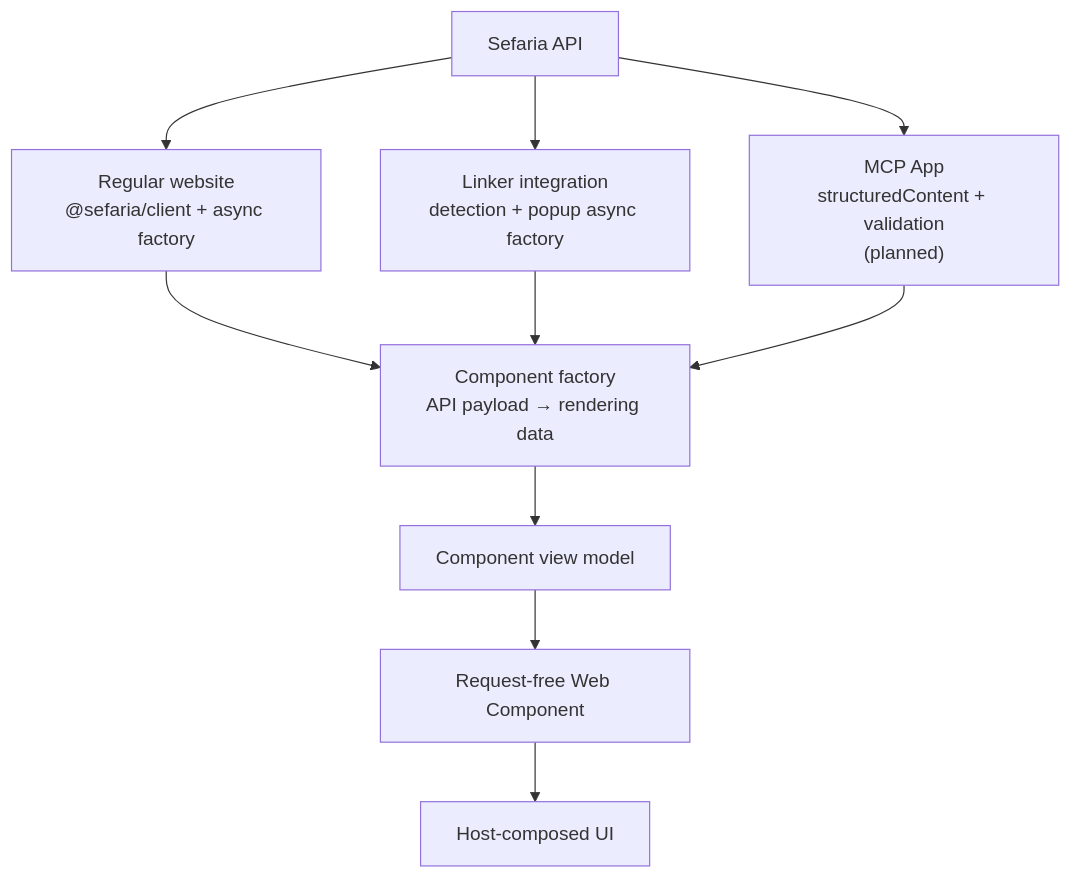
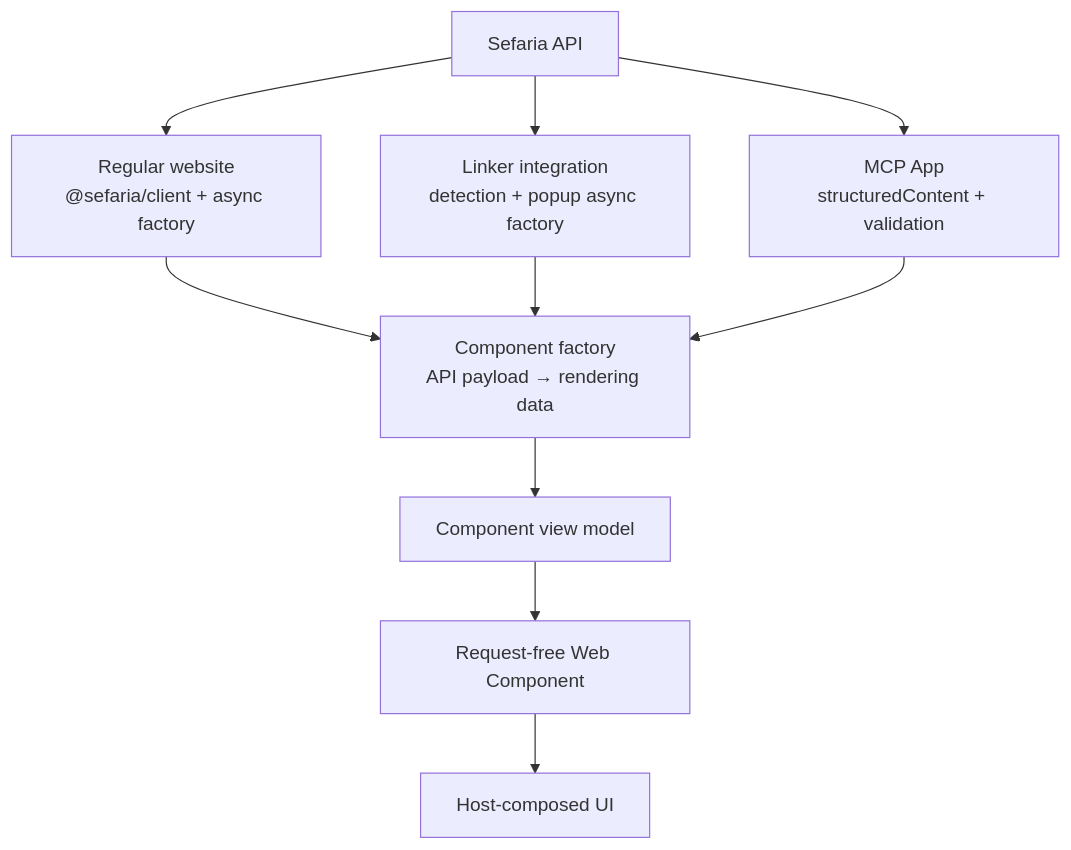
The diagram in docs/guides/data-flow.md (Arithmomaniac/sefaria-web-components), drawn with Mermaid before and after one commit. The commit also changed other lines of this file and 78 other files, not shown here.

````diff
--- a/docs/guides/data-flow.md
+++ b/docs/guides/data-flow.md
@@ -13,21 +13,21 @@
 ```mermaid
 flowchart TB
     API["Sefaria API"]
     SITE["Regular website<br/>@sefaria/client + async factory"]
     LINKER["Linker integration<br/>detection + popup async factory"]
-    MCP["MCP App<br/>structuredContent + validation<br/>(planned)"]
+    MCP["MCP App<br/>structuredContent + validation"]
     FACTORY["Component factory<br/>API payload → rendering data"]
     VM["Component view model"]
     ELEMENT["Request-free Web Component"]
     UI["Host-composed UI"]
 
     API --> SITE
     API --> LINKER
     API --> MCP
     SITE --> FACTORY
     LINKER --> FACTORY
     MCP --> FACTORY
     FACTORY --> VM
     VM --> ELEMENT
     ELEMENT --> UI
 ```
````
